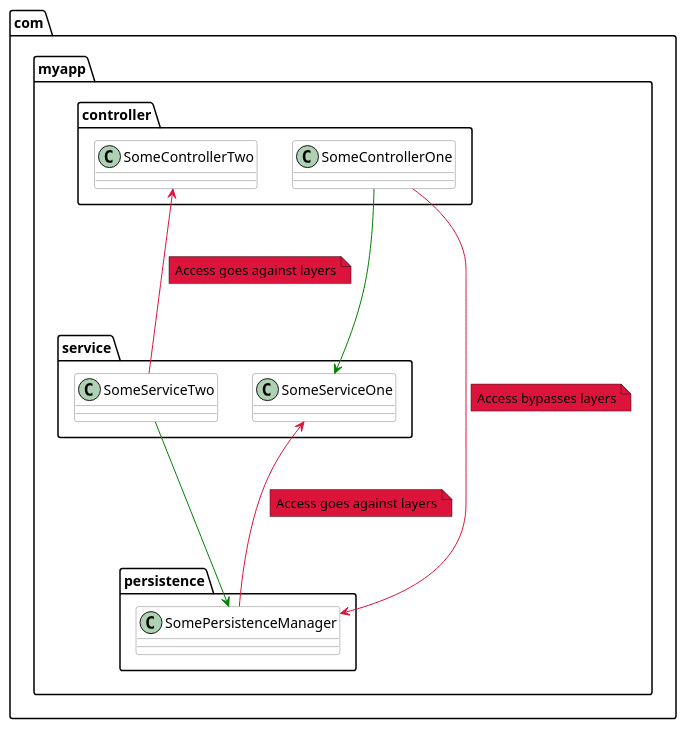
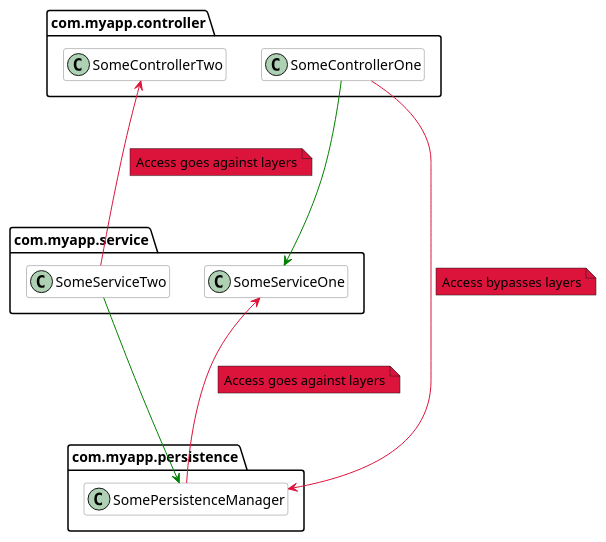
Before and after one commit to TNG/ArchUnit: the eighth of 9 diagrams in userguide/004_What_to_Check.adoc, drawn with PlantUML. The commit also changed other lines of this file and 53 other files, not shown here.

```diff
--- a/userguide/004_What_to_Check.adoc
+++ b/userguide/004_What_to_Check.adoc
@@ -219,38 +236,42 @@
-[plantuml, "layer-check"]
+[plantuml, "layer-check", svg, opts=interactive]
 ----
+@startuml
+hide empty members
+set separator none
 skinparam componentStyle uml2
 
 skinparam component {
   BorderColor #grey
   BackgroundColor #white
 }
 
 skinparam class {
   BorderColor #grey
   BackgroundColor #white
 }
 
 package com.myapp.controller {
     class SomeControllerOne
     class SomeControllerTwo
 }
 package com.myapp.service {
     class SomeServiceOne
     class SomeServiceTwo
 }
 package com.myapp.persistence {
     class SomePersistenceManager
 }
 
 SomeControllerOne --> SomeServiceOne #green
 SomeServiceTwo -down-> SomePersistenceManager #green
 
 SomeControllerOne -down-> SomePersistenceManager #crimson
 note right on link #crimson: Access bypasses layers
 
 SomeServiceTwo -up--> SomeControllerTwo #crimson
 note right on link #crimson: Access goes against layers
 
 SomePersistenceManager -up--> SomeServiceOne #crimson
 note right on link #crimson: Access goes against layers
+@enduml
 ----
```
